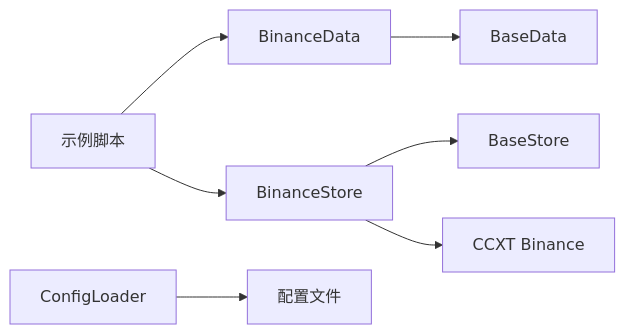
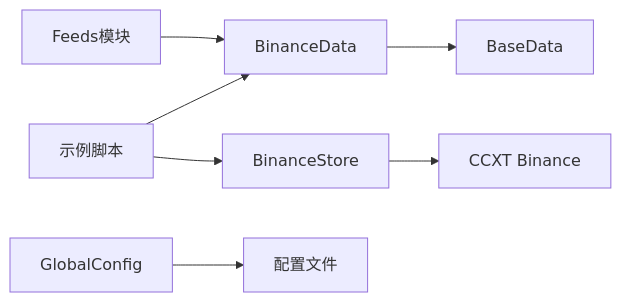
Before and after one commit to bench-prog/backtrader: the sixth of 6 diagrams in .qoder/repowiki/zh/content/实盘交易模块/Binance交易所集成/BinanceDataFeed数据层.md, drawn with Mermaid. The commit also changed other lines of this file and 40 other files, not shown here.

````diff
--- a/.qoder/repowiki/zh/content/实盘交易模块/Binance交易所集成/BinanceDataFeed数据层.md
+++ b/.qoder/repowiki/zh/content/实盘交易模块/Binance交易所集成/BinanceDataFeed数据层.md
@@ -321,9 +259,9 @@
 ```mermaid
 graph LR
 BData["BinanceData"] --> BDataCore["BaseData"]
-BStore["BinanceStore"] --> BSCore["BaseStore"]
-BStore --> CCXT["CCXT Binance"]
-CL["ConfigLoader"] --> CFG["配置文件"]
+BStore["BinanceStore"] --> CCXT["CCXT Binance"]
+CL["GlobalConfig"] --> CFG["配置文件"]
 EX["示例脚本"] --> BData
 EX --> BStore
+FEEDS["Feeds模块"] --> BData
 ```
````
